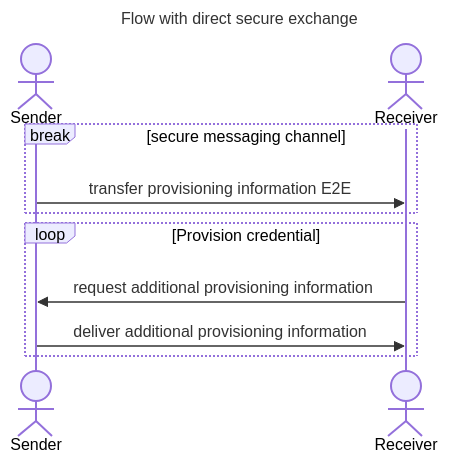
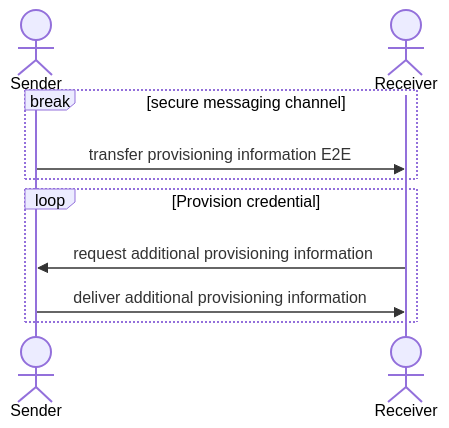
The third of 3 diagrams in draft-tigress-general-requirements.md (dimmyvi/tigress-general-requirements), drawn with Mermaid before and after one commit. The commit also changed other lines of this file, not shown here.

````diff
--- a/draft-tigress-general-requirements.md
+++ b/draft-tigress-general-requirements.md
@@ -148,15 +153,12 @@
 ```mermaid
----
-title: Flow with direct secure exchange
----
 sequenceDiagram
     actor S as Sender
     actor R as Receiver
     break secure messaging channel
       S ->> R : transfer provisioning information E2E
     end
     Loop Provision credential
       R ->> S : request additional provisioning information
       S ->> R : deliver additional provisioning information
     end
 ```
````
